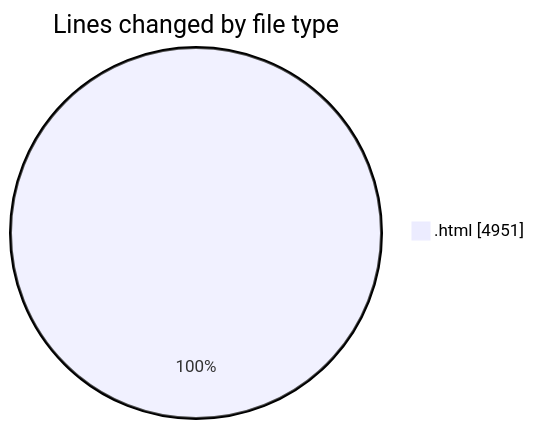
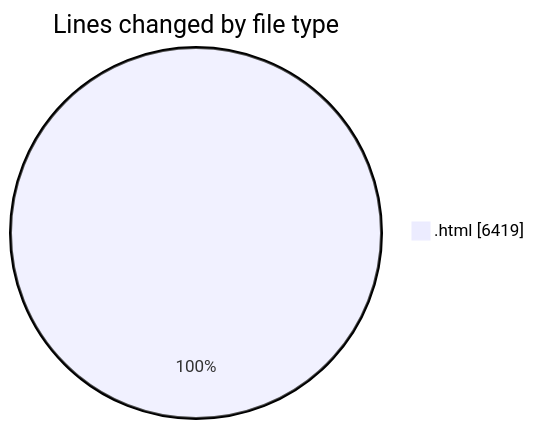
Before and after one commit to nxtqubesakshisongat/code-tracking: the first of 2 diagrams in 2025-08-09/nxtqube_webapp/README.md, drawn with Mermaid. The commit also changed other lines of this file and 1 other file, not shown here.

````diff
--- a/2025-08-09/nxtqube_webapp/README.md
+++ b/2025-08-09/nxtqube_webapp/README.md
@@ -21,5 +21,5 @@
 ```mermaid
 pie showData
 title Lines changed by file type
-".html" : 4951
+".html" : 6419
 ```
````
